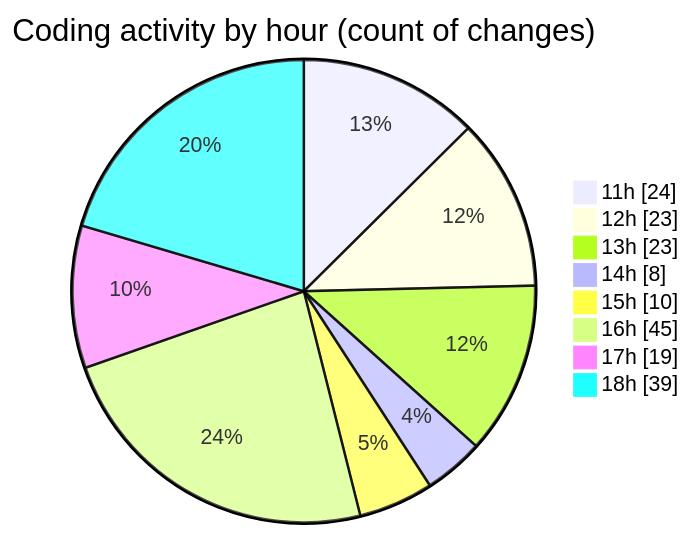
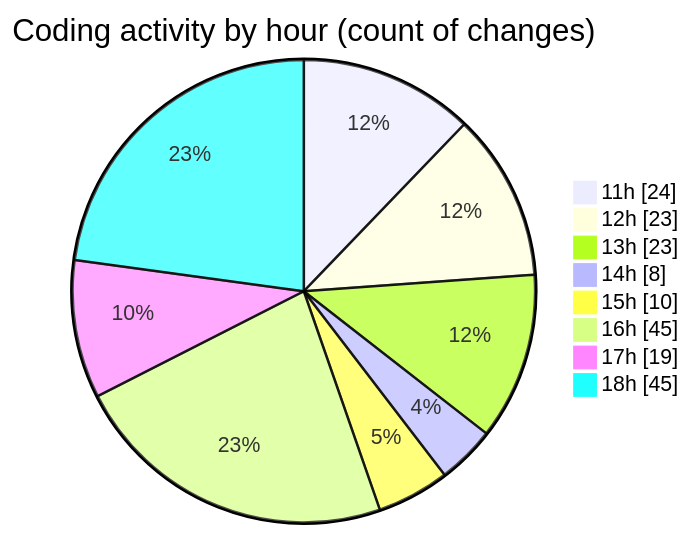
Before and after one commit to nxtqubesakshisongat/code-tracking: the second of 2 diagrams in 2025-09-18/nxtqube_webapp/README.md, drawn with Mermaid. The commit also changed other lines of this file and 1 other file, not shown here.

````diff
--- a/2025-09-18/nxtqube_webapp/README.md
+++ b/2025-09-18/nxtqube_webapp/README.md
@@ -52,12 +52,12 @@
 ```mermaid
 pie showData
 title Coding activity by hour (count of changes)
 "11h" : 24
 "12h" : 23
 "13h" : 23
 "14h" : 8
 "15h" : 10
 "16h" : 45
 "17h" : 19
-"18h" : 39
+"18h" : 45
 ```
````
